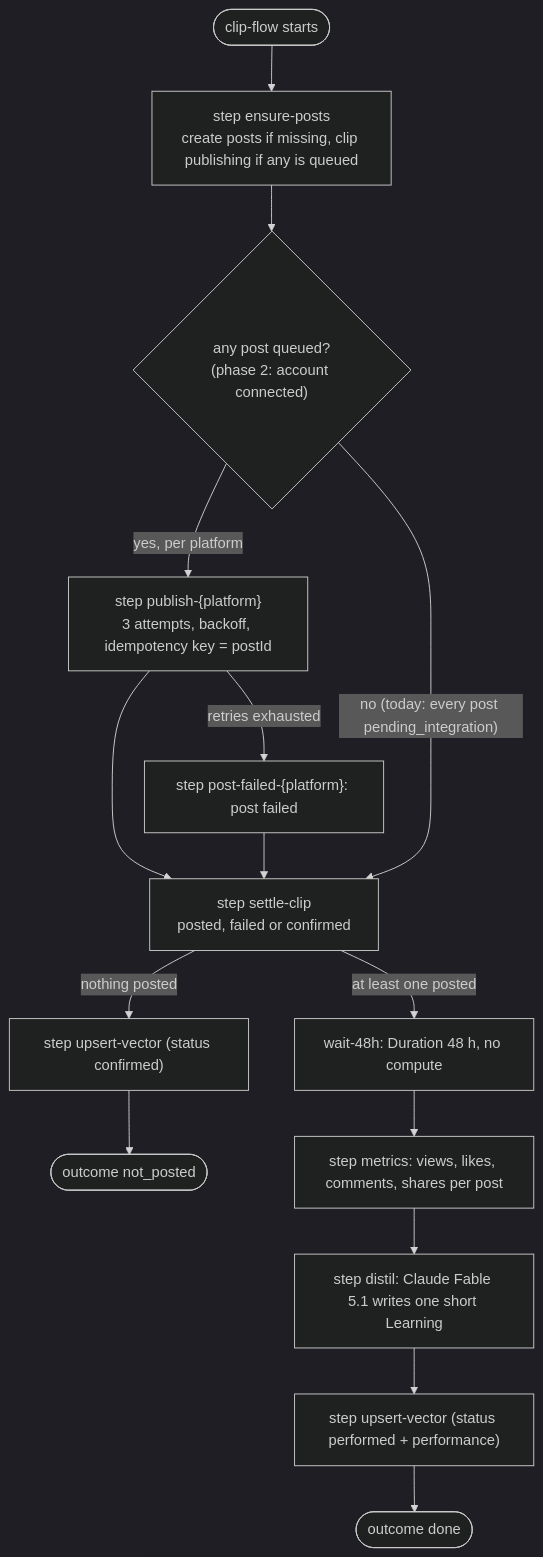
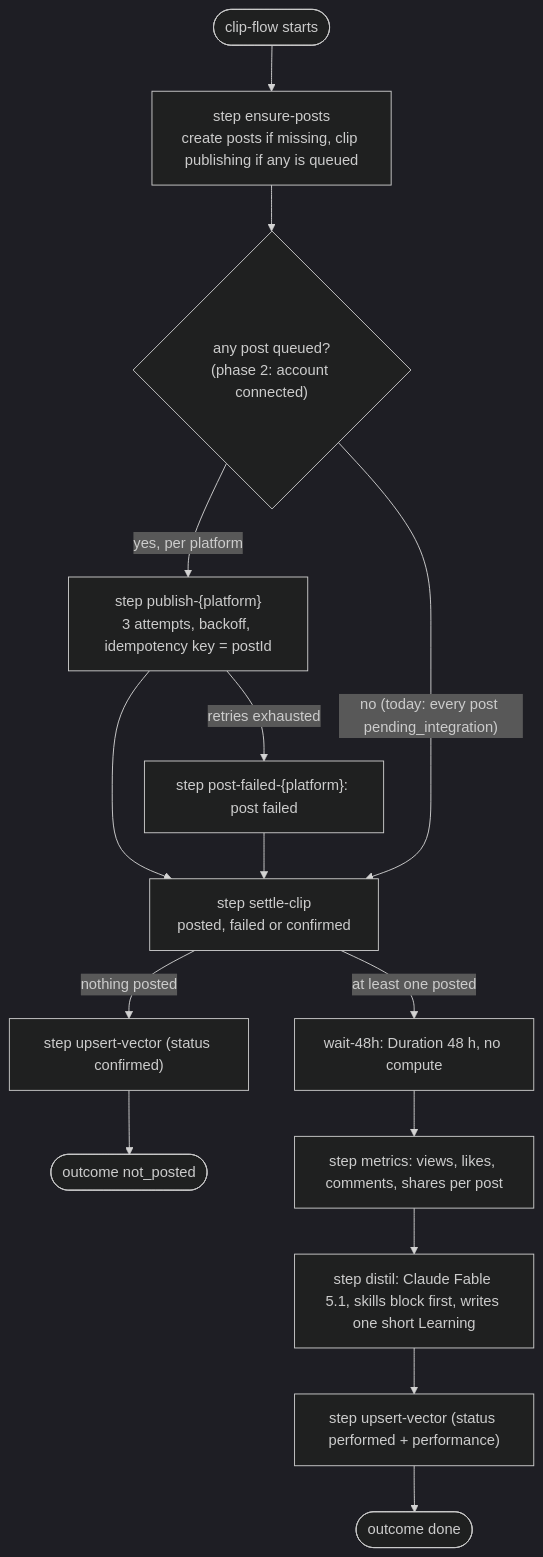
One commit to Lamo2real/clip-factory changed the ninth of 18 diagrams in docs/ARCHITECTURE.md. Above: the diagram before and after it, drawn with Mermaid (dark theme). The commit also changed other lines of this file and 11 other files, not shown here.

````diff
--- a/docs/ARCHITECTURE.md
+++ b/docs/ARCHITECTURE.md
@@ -367,15 +369,15 @@
 ```mermaid
 flowchart TD
   s([clip-flow starts]) --> ep["step ensure-posts<br/>create posts if missing, clip publishing if any is queued"]
   ep --> pub{"any post queued?<br/>(phase 2: account connected)"}
   pub -- "yes, per platform" --> pp["step publish-{platform}<br/>3 attempts, backoff, idempotency key = postId"]
   pp -- "retries exhausted" --> pf["step post-failed-{platform}: post failed"]
   pp --> settle
   pf --> settle
   pub -- "no (today: every post pending_integration)" --> settle["step settle-clip<br/>posted, failed or confirmed"]
   settle -- "nothing posted" --> uv1["step upsert-vector (status confirmed)"] --> np([outcome not_posted])
   settle -- "at least one posted" --> w48["wait-48h: Duration 48 h, no compute"]
   w48 --> met["step metrics: views, likes, comments, shares per post"]
-  met --> dis["step distil: Claude Fable 5.1 writes one short Learning"]
+  met --> dis["step distil: Claude Fable 5.1, skills block first, writes one short Learning"]
   dis --> uv2["step upsert-vector (status performed + performance)"] --> done([outcome done])
 ```
````
